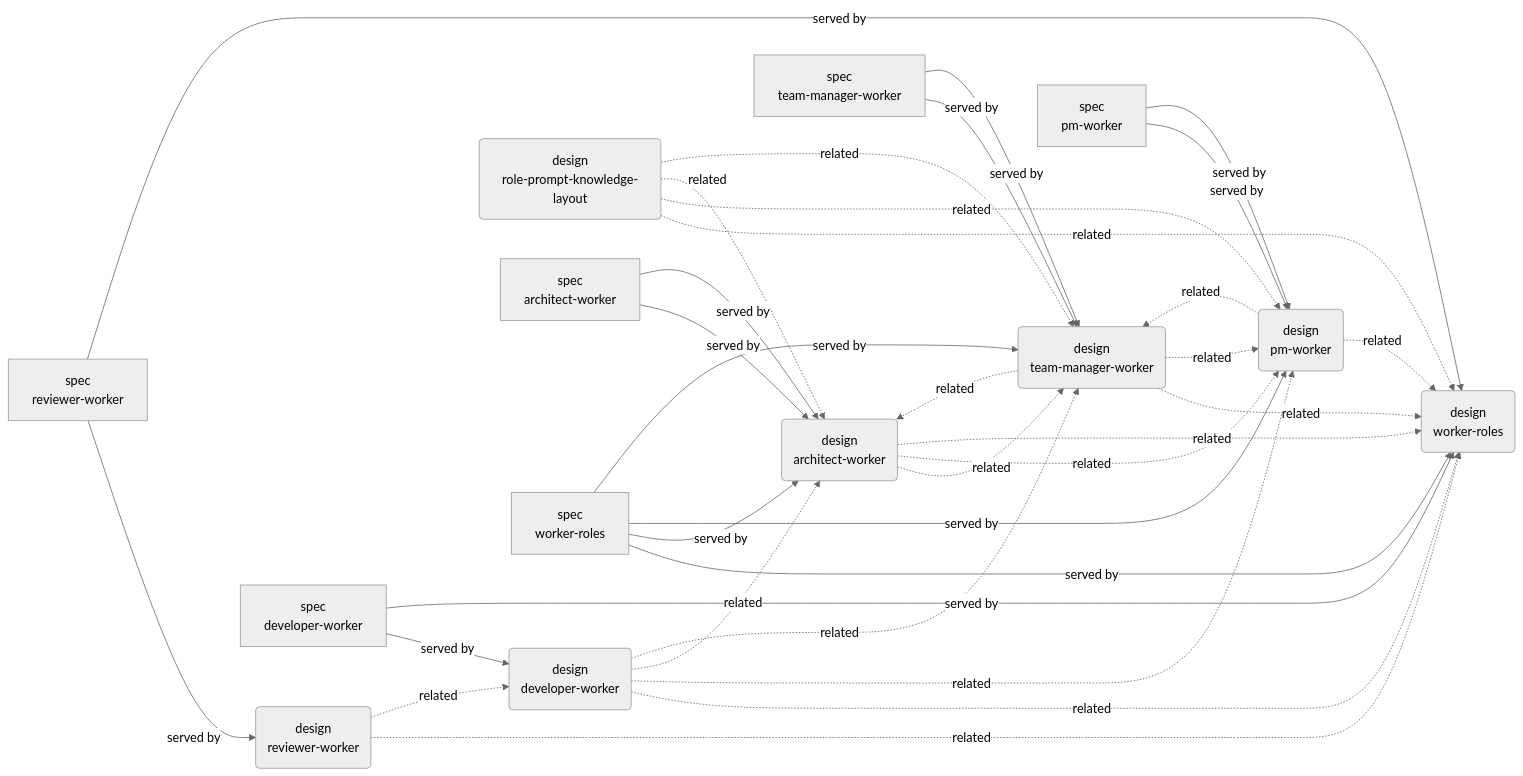
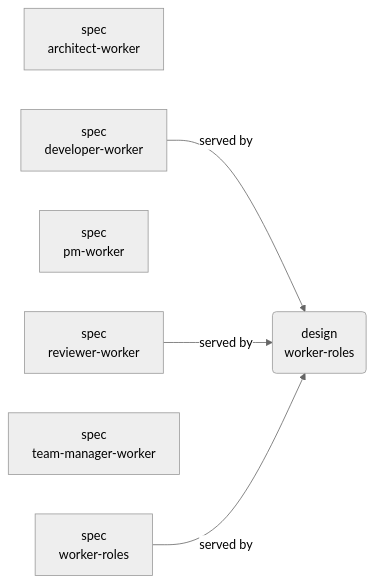
One commit to coder-devx/coder-system changed the second of 6 diagrams in system/GRAPH.md. Above: the diagram before and after it, drawn with Mermaid (neutral theme). The commit also changed other lines of this file and 132 other files, not shown here.

````diff
--- a/system/GRAPH.md
+++ b/system/GRAPH.md
@@ -90,48 +35,13 @@
 ```mermaid
 flowchart LR
-  n000("design<br/>architect-worker")
-  n001("design<br/>developer-worker")
-  n002("design<br/>pm-worker")
-  n003("design<br/>reviewer-worker")
-  n004("design<br/>role-prompt-knowledge-layout")
-  n005("design<br/>team-manager-worker")
-  n006("design<br/>worker-roles")
-  n007["spec<br/>architect-worker"]
-  n008["spec<br/>developer-worker"]
-  n009["spec<br/>pm-worker"]
-  n010["spec<br/>reviewer-worker"]
-  n011["spec<br/>team-manager-worker"]
-  n012["spec<br/>worker-roles"]
-  n007 -->|served by| n000
-  n000 -.->|related| n005
-  n000 -.->|related| n002
-  n000 -.->|related| n006
-  n008 -->|served by| n001
-  n001 -.->|related| n006
-  n001 -.->|related| n002
-  n001 -.->|related| n000
-  n001 -.->|related| n005
-  n009 -->|served by| n002
-  n002 -.->|related| n005
-  n002 -.->|related| n006
-  n010 -->|served by| n003
-  n003 -.->|related| n006
-  n003 -.->|related| n001
-  n004 -.->|related| n006
-  n004 -.->|related| n002
-  n004 -.->|related| n000
-  n004 -.->|related| n005
-  n011 -->|served by| n005
-  n005 -.->|related| n006
-  n005 -.->|related| n000
-  n005 -.->|related| n002
-  n007 -->|served by| n000
-  n008 -->|served by| n006
-  n009 -->|served by| n002
-  n010 -->|served by| n006
-  n011 -->|served by| n005
-  n012 -->|served by| n006
-  n012 -->|served by| n000
-  n012 -->|served by| n002
-  n012 -->|served by| n005
+  n000("design<br/>worker-roles")
+  n001["spec<br/>architect-worker"]
+  n002["spec<br/>developer-worker"]
+  n003["spec<br/>pm-worker"]
+  n004["spec<br/>reviewer-worker"]
+  n005["spec<br/>team-manager-worker"]
+  n006["spec<br/>worker-roles"]
+  n002 -->|served by| n000
+  n004 -->|served by| n000
+  n006 -->|served by| n000
 ```
````
